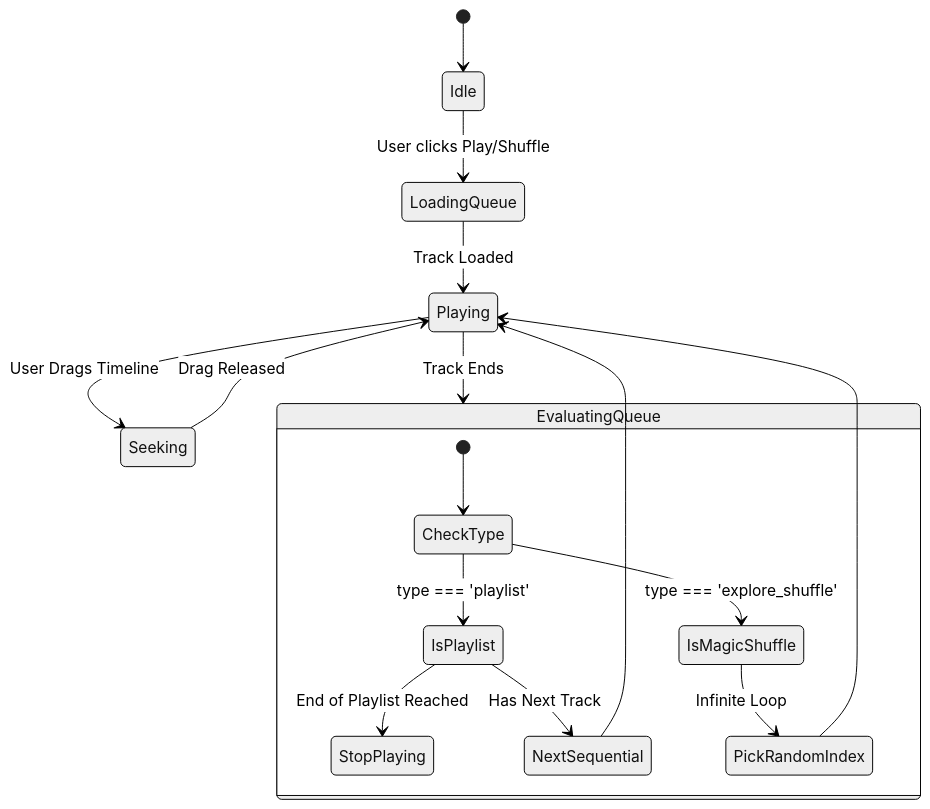
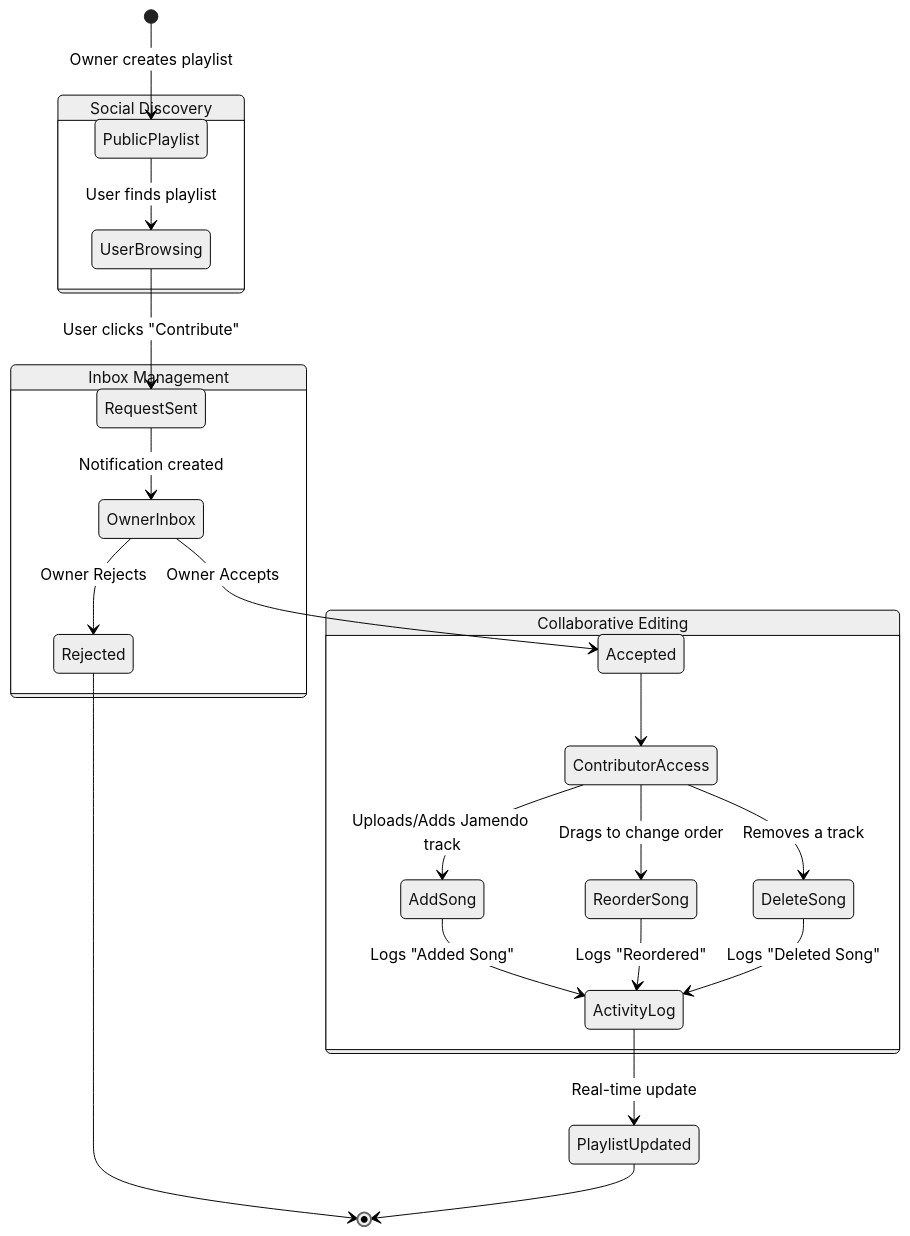
The third of 4 diagrams in README.md (masked-byte18/Moody-Player), drawn with Mermaid (neutral theme) before and after one commit. The commit also changed other lines of this file and 8 other files, not shown here.

````diff
--- a/README.md
+++ b/README.md
@@ -127,25 +90,31 @@
 ```mermaid
 stateDiagram-v2
-    [*] --> Idle
-    Idle --> LoadingQueue: User clicks Play/Shuffle
-    LoadingQueue --> Playing: Track Loaded
+    [*] --> PublicPlaylist: Owner creates playlist
     
-    Playing --> Seeking: User Drags Timeline
-    Seeking --> Playing: Drag Released
-    
-    Playing --> EvaluatingQueue: Track Ends
-    
-    state EvaluatingQueue {
-        [*] --> CheckType
-        CheckType --> IsPlaylist: type === 'playlist'
-        CheckType --> IsMagicShuffle: type === 'explore_shuffle'
-        
-        IsPlaylist --> StopPlaying: End of Playlist Reached
-        IsPlaylist --> NextSequential: Has Next Track
-        
-        IsMagicShuffle --> PickRandomIndex: Infinite Loop
+    state "Social Discovery" as SD {
+        PublicPlaylist --> UserBrowsing: User finds playlist
+        UserBrowsing --> RequestSent: User clicks "Contribute"
     }
     
-    NextSequential --> Playing
-    PickRandomIndex --> Playing
+    state "Inbox Management" as IM {
+        RequestSent --> OwnerInbox: Notification created
+        OwnerInbox --> Rejected: Owner Rejects
+        OwnerInbox --> Accepted: Owner Accepts
+    }
+    
+    Rejected --> [*]
+    
+    state "Collaborative Editing" as CE {
+        Accepted --> ContributorAccess
+        ContributorAccess --> AddSong: Uploads/Adds Jamendo track
+        ContributorAccess --> ReorderSong: Drags to change order
+        ContributorAccess --> DeleteSong: Removes a track
+        
+        AddSong --> ActivityLog: Logs "Added Song"
+        ReorderSong --> ActivityLog: Logs "Reordered"
+        DeleteSong --> ActivityLog: Logs "Deleted Song"
+    }
+    
+    ActivityLog --> PlaylistUpdated: Real-time update
+    PlaylistUpdated --> [*]
 ```
````
